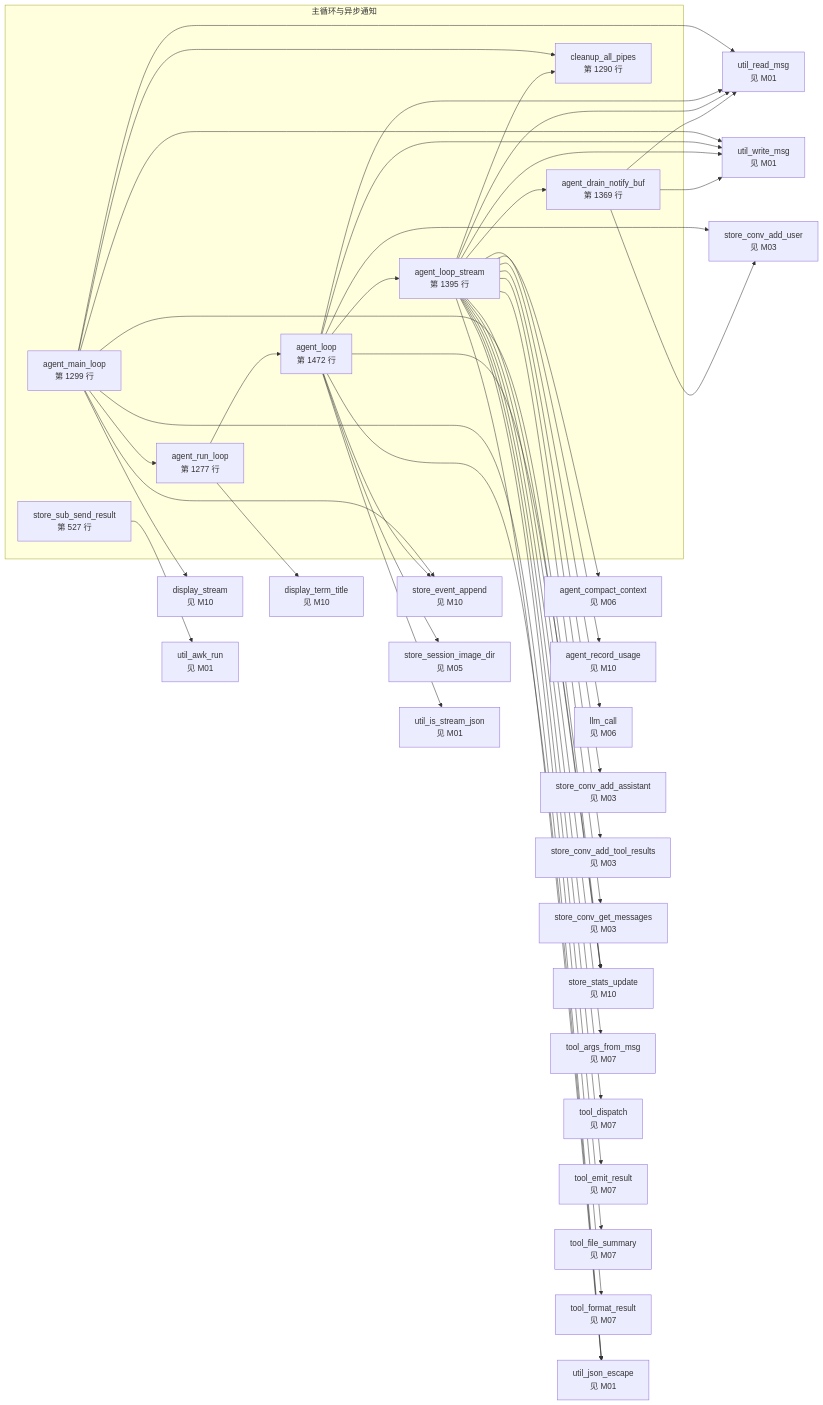
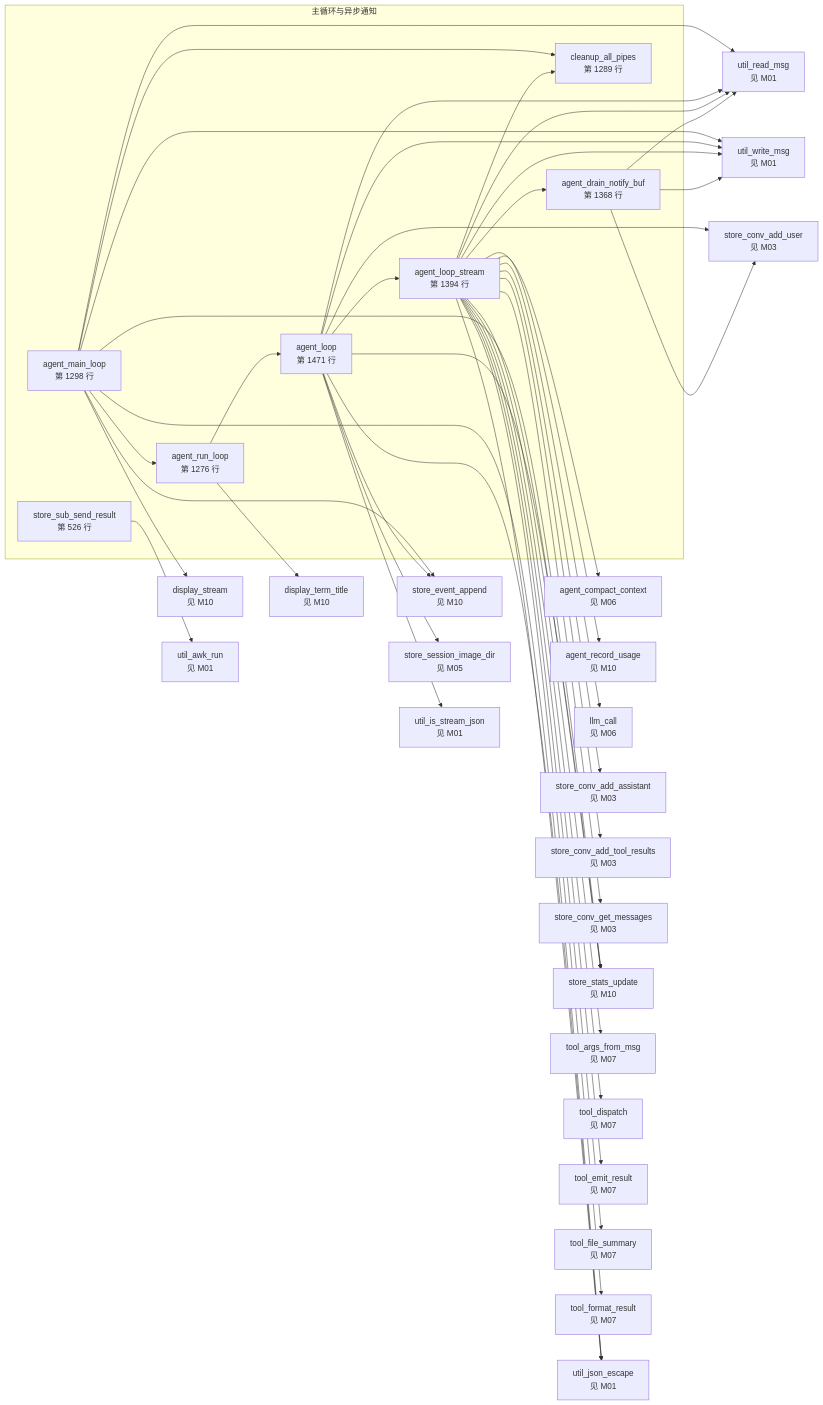
Before and after one commit to lloydzhou/bash-agent: diagram 11 of 15 in docs/bash-data-flow.md, drawn with Mermaid. The commit also changed other lines of this file and 1 other file, not shown here.

Commit message:
style: 删除 vision 分支冗余的 local LC_ALL=C，util_awk_run 内部已设置

````diff
--- a/docs/bash-data-flow.md
+++ b/docs/bash-data-flow.md
@@ -436,74 +436,74 @@
 ```mermaid
 flowchart LR
   subgraph mod_9["主循环与异步通知"]
-    f_agent_main_loop["agent_main_loop<br/>第 1299 行"]
-    f_agent_run_loop["agent_run_loop<br/>第 1277 行"]
-    f_agent_loop["agent_loop<br/>第 1472 行"]
-    f_agent_loop_stream["agent_loop_stream<br/>第 1395 行"]
-    f_agent_drain_notify_buf["agent_drain_notify_buf<br/>第 1369 行"]
-    f_store_sub_send_result["store_sub_send_result<br/>第 527 行"]
-    f_cleanup_all_pipes["cleanup_all_pipes<br/>第 1290 行"]
+    f_agent_main_loop["agent_main_loop<br/>第 1298 行"]
+    f_agent_run_loop["agent_run_loop<br/>第 1276 行"]
+    f_agent_loop["agent_loop<br/>第 1471 行"]
+    f_agent_loop_stream["agent_loop_stream<br/>第 1394 行"]
+    f_agent_drain_notify_buf["agent_drain_notify_buf<br/>第 1368 行"]
+    f_store_sub_send_result["store_sub_send_result<br/>第 526 行"]
+    f_cleanup_all_pipes["cleanup_all_pipes<br/>第 1289 行"]
   end
   f_agent_compact_context["agent_compact_context<br/>见 M06"]
   f_agent_record_usage["agent_record_usage<br/>见 M10"]
   f_display_stream["display_stream<br/>见 M10"]
   f_display_term_title["display_term_title<br/>见 M10"]
   f_llm_call["llm_call<br/>见 M06"]
   f_store_conv_add_assistant["store_conv_add_assistant<br/>见 M03"]
   f_store_conv_add_tool_results["store_conv_add_tool_results<br/>见 M03"]
   f_store_conv_add_user["store_conv_add_user<br/>见 M03"]
   f_store_conv_get_messages["store_conv_get_messages<br/>见 M03"]
   f_store_event_append["store_event_append<br/>见 M10"]
   f_store_session_image_dir["store_session_image_dir<br/>见 M05"]
   f_store_stats_update["store_stats_update<br/>见 M10"]
   f_tool_args_from_msg["tool_args_from_msg<br/>见 M07"]
   f_tool_dispatch["tool_dispatch<br/>见 M07"]
   f_tool_emit_result["tool_emit_result<br/>见 M07"]
   f_tool_file_summary["tool_file_summary<br/>见 M07"]
   f_tool_format_result["tool_format_result<br/>见 M07"]
   f_util_awk_run["util_awk_run<br/>见 M01"]
   f_util_is_stream_json["util_is_stream_json<br/>见 M01"]
   f_util_json_escape["util_json_escape<br/>见 M01"]
   f_util_read_msg["util_read_msg<br/>见 M01"]
   f_util_write_msg["util_write_msg<br/>见 M01"]
   f_agent_main_loop --> f_util_read_msg
   f_agent_main_loop --> f_util_write_msg
   f_agent_main_loop --> f_display_stream
   f_agent_main_loop --> f_store_event_append
   f_agent_main_loop --> f_util_json_escape
   f_agent_main_loop --> f_store_stats_update
   f_agent_main_loop --> f_agent_run_loop
   f_agent_main_loop --> f_cleanup_all_pipes
   f_agent_run_loop --> f_agent_loop
   f_agent_run_loop --> f_display_term_title
   f_agent_loop --> f_store_event_append
   f_agent_loop --> f_util_json_escape
   f_agent_loop --> f_store_session_image_dir
   f_agent_loop --> f_store_conv_add_user
   f_agent_loop --> f_store_stats_update
   f_agent_loop --> f_agent_loop_stream
   f_agent_loop --> f_util_read_msg
   f_agent_loop --> f_util_is_stream_json
   f_agent_loop --> f_util_write_msg
   f_agent_loop_stream --> f_cleanup_all_pipes
   f_agent_loop_stream --> f_agent_drain_notify_buf
   f_agent_loop_stream --> f_agent_compact_context
   f_agent_loop_stream --> f_util_write_msg
   f_agent_loop_stream --> f_store_conv_get_messages
   f_agent_loop_stream --> f_llm_call
   f_agent_loop_stream --> f_util_read_msg
   f_agent_loop_stream --> f_tool_args_from_msg
   f_agent_loop_stream --> f_tool_dispatch
   f_agent_loop_stream --> f_tool_format_result
   f_agent_loop_stream --> f_tool_file_summary
   f_agent_loop_stream --> f_util_json_escape
   f_agent_loop_stream --> f_tool_emit_result
   f_agent_loop_stream --> f_agent_record_usage
   f_agent_loop_stream --> f_store_stats_update
   f_agent_loop_stream --> f_store_conv_add_assistant
   f_agent_loop_stream --> f_store_conv_add_tool_results
   f_agent_drain_notify_buf --> f_util_read_msg
   f_agent_drain_notify_buf --> f_util_write_msg
   f_agent_drain_notify_buf --> f_store_conv_add_user
   f_store_sub_send_result --> f_util_awk_run
 ```
````
